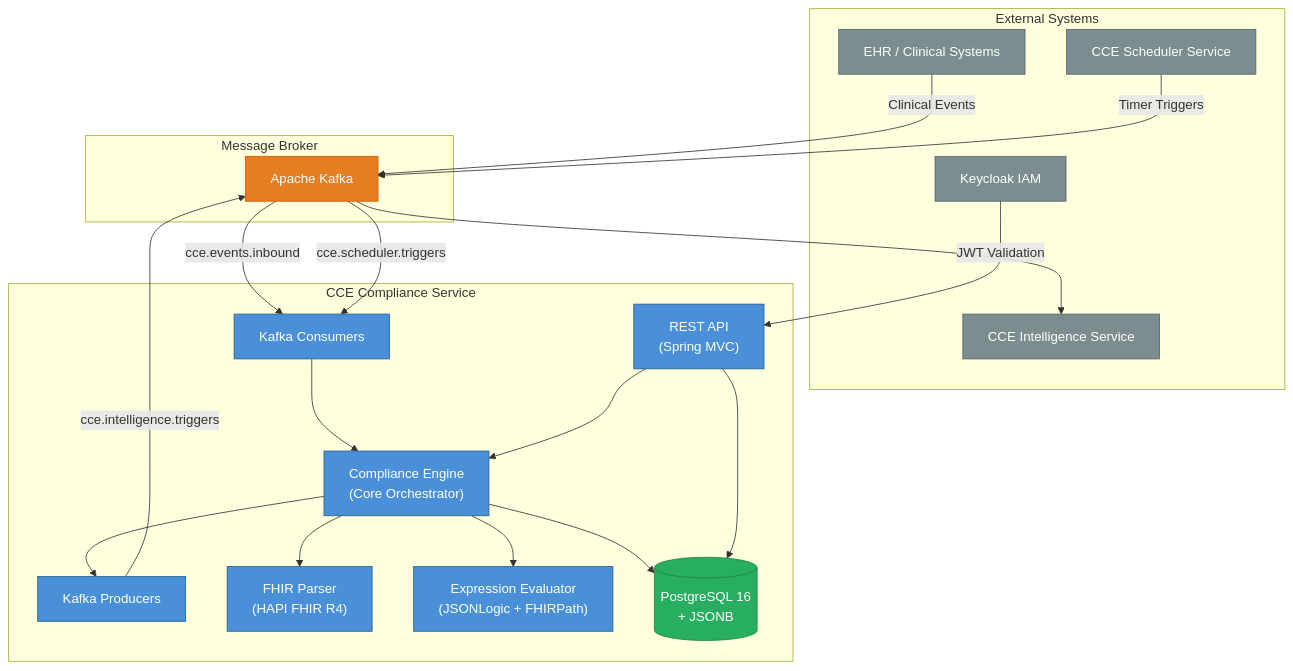
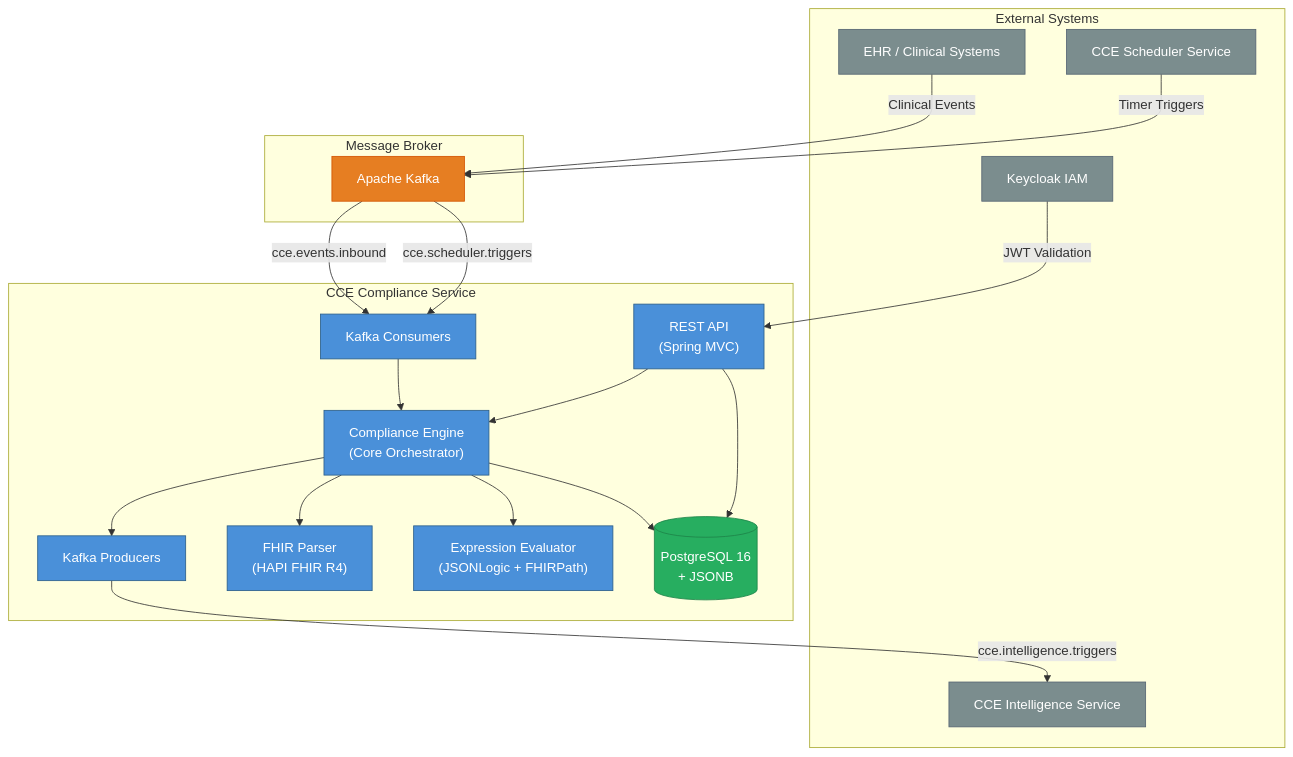
One commit to Jayaprakash8887/cce-compliance-service changed the first of 3 diagrams in docs/architecture-overview.md. Above: the diagram before and after it, drawn with Mermaid.

Commit message:
Feat #CCE-64: Service Design Documents
architecture diagram reorder

````diff
--- a/docs/architecture-overview.md
+++ b/docs/architecture-overview.md
@@ -7,48 +7,47 @@
 ```mermaid
 graph TB
     subgraph External Systems
         INTEL["CCE Intelligence Service"]
         EHR["EHR / Clinical Systems"]
         SCHEDULER["CCE Scheduler Service"]
         KEYCLOAK["Keycloak IAM"]
     end
 
     subgraph CCE Compliance Service
         API["REST API<br/>(Spring MVC)"]
         ENGINE["Compliance Engine<br/>(Core Orchestrator)"]
         KAFKA_C["Kafka Consumers"]
         KAFKA_P["Kafka Producers"]
         FHIR["FHIR Parser<br/>(HAPI FHIR R4)"]
         EXPR["Expression Evaluator<br/>(JSONLogic + FHIRPath)"]
         DB[("PostgreSQL 16<br/>+ JSONB")]
     end
 
     subgraph Message Broker
         KAFKA["Apache Kafka"]
     end
 
     EHR -->|"Clinical Events"| KAFKA
     SCHEDULER -->|"Timer Triggers"| KAFKA
     KAFKA -->|"cce.events.inbound"| KAFKA_C
     KAFKA -->|"cce.scheduler.triggers"| KAFKA_C
     KAFKA_C --> ENGINE
     ENGINE --> FHIR
     ENGINE --> EXPR
     ENGINE --> DB
     ENGINE --> KAFKA_P
-    KAFKA_P -->|"cce.intelligence.triggers"| KAFKA
-    KAFKA --> INTEL
+    KAFKA_P -->|"cce.intelligence.triggers"| INTEL
     API --> ENGINE
     API --> DB
     KEYCLOAK -->|"JWT Validation"| API
 
     classDef service fill:#4A90D9,stroke:#2C5F8A,color:white
     classDef external fill:#7B8D8E,stroke:#566573,color:white
     classDef data fill:#27AE60,stroke:#1E8449,color:white
     classDef broker fill:#E67E22,stroke:#D35400,color:white
 
     class API,ENGINE,KAFKA_C,KAFKA_P,FHIR,EXPR service
     class EHR,SCHEDULER,INTEL,KEYCLOAK external
     class DB data
     class KAFKA broker
 ```
````
